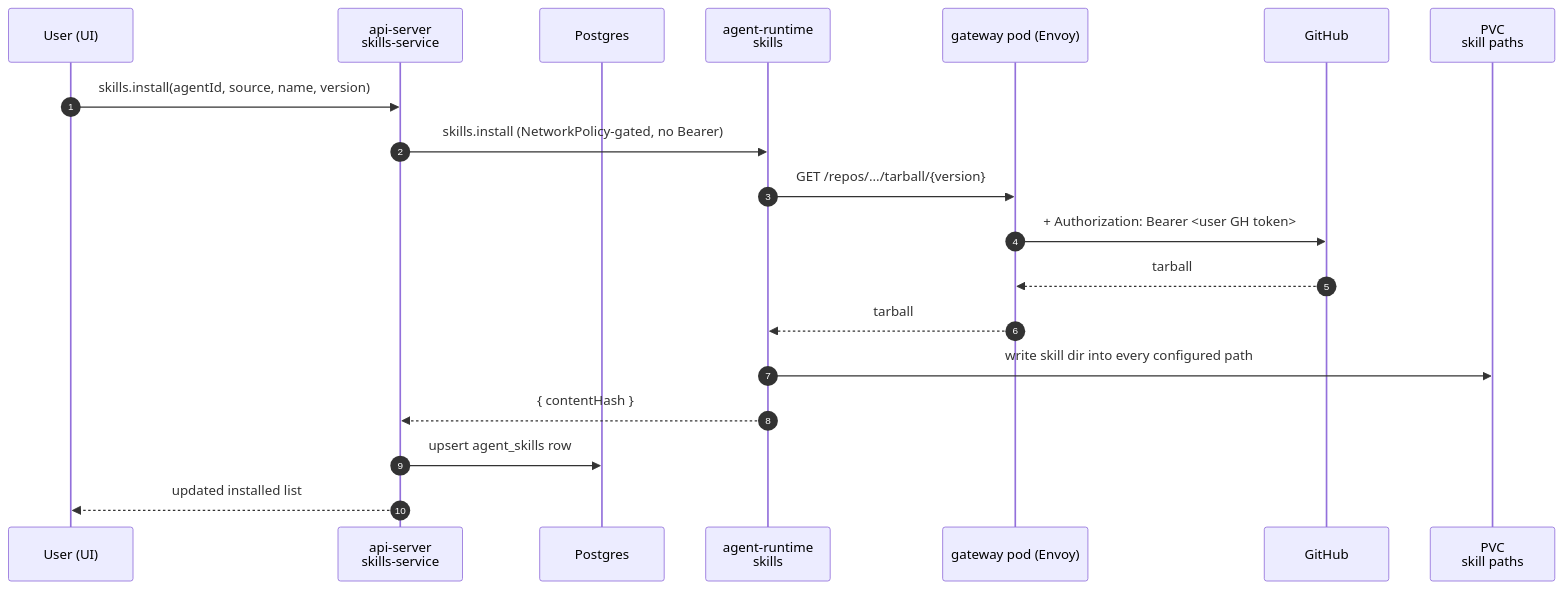
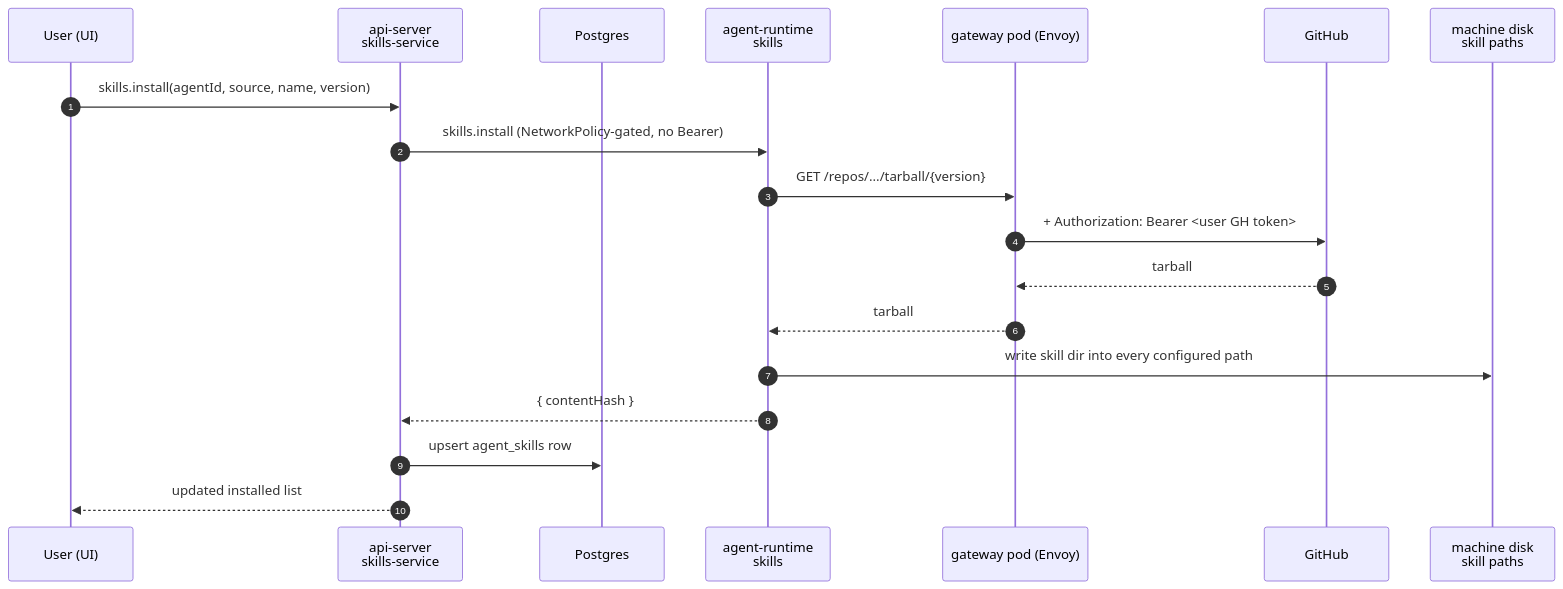
One commit to dam-agents/dam changed the second of 3 diagrams in docs/architecture/skills.md. Above: the diagram before and after it, drawn with Mermaid. The commit also changed other lines of this file and 53 other files, not shown here.

````diff
--- a/docs/architecture/skills.md
+++ b/docs/architecture/skills.md
@@ -269,22 +269,22 @@
 ```mermaid
 sequenceDiagram
   autonumber
   participant U as User (UI)
   participant API as api-server<br/>skills-service
   participant DB as Postgres
   participant RT as agent-runtime<br/>skills
   participant ENV as gateway pod (Envoy)
   participant GH as GitHub
-  participant PVC as PVC<br/>skill paths
+  participant disk as machine disk<br/>skill paths
 
   U->>API: skills.install(agentId, source, name, version)
   API->>RT: skills.install (NetworkPolicy-gated, no Bearer)
   RT->>ENV: GET /repos/.../tarball/{version}
   ENV->>GH: + Authorization: Bearer <user GH token>
   GH-->>ENV: tarball
   ENV-->>RT: tarball
-  RT->>PVC: write skill dir into every configured path
+  RT->>disk: write skill dir into every configured path
   RT-->>API: { contentHash }
   API->>DB: upsert agent_skills row
   API-->>U: updated installed list
 ```
````
